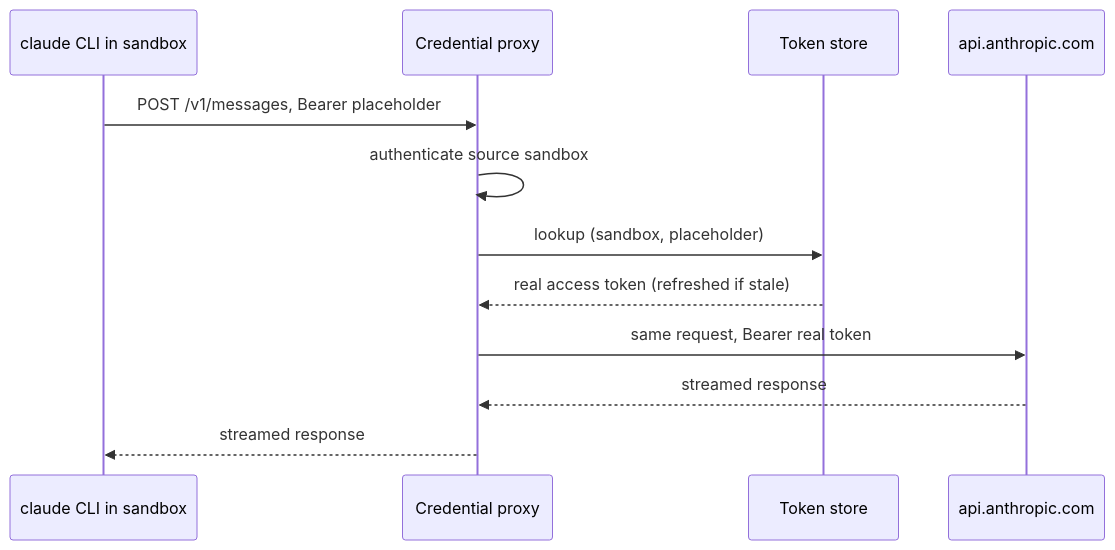
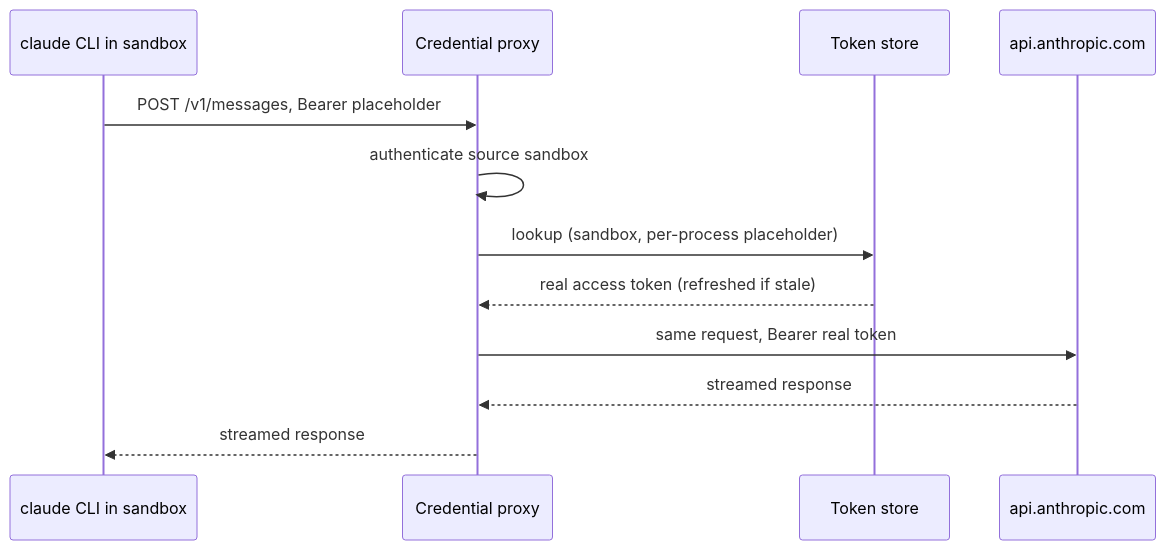
The fifth of 6 diagrams in docs/design.md (agentsky/agent-core), drawn with Mermaid before and after one commit. The commit also changed other lines of this file, not shown here.

First line of the commit message:
Address design review: per-process placeholders, private sandbox, per-session workdirs

````diff
--- a/docs/design.md
+++ b/docs/design.md
@@ -295,15 +311,15 @@
 ```mermaid
 sequenceDiagram
     participant CC as claude CLI in sandbox
     participant PX as Credential proxy
     participant ST as Token store
     participant AN as api.anthropic.com
 
     CC->>PX: POST /v1/messages, Bearer placeholder
     PX->>PX: authenticate source sandbox
-    PX->>ST: lookup (sandbox, placeholder)
+    PX->>ST: lookup (sandbox, per-process placeholder)
     ST-->>PX: real access token (refreshed if stale)
     PX->>AN: same request, Bearer real token
     AN-->>PX: streamed response
     PX-->>CC: streamed response
 ```
````
